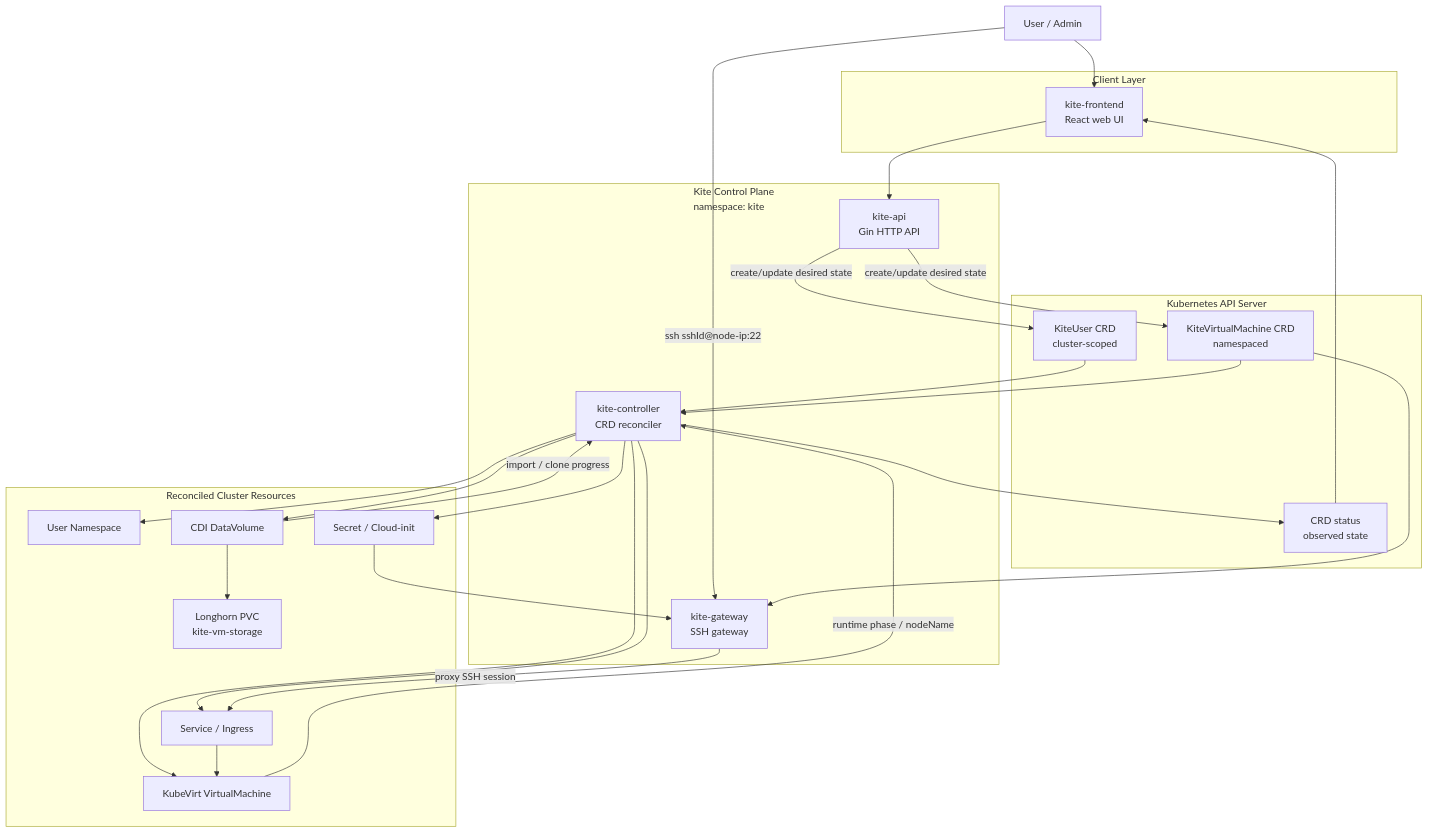
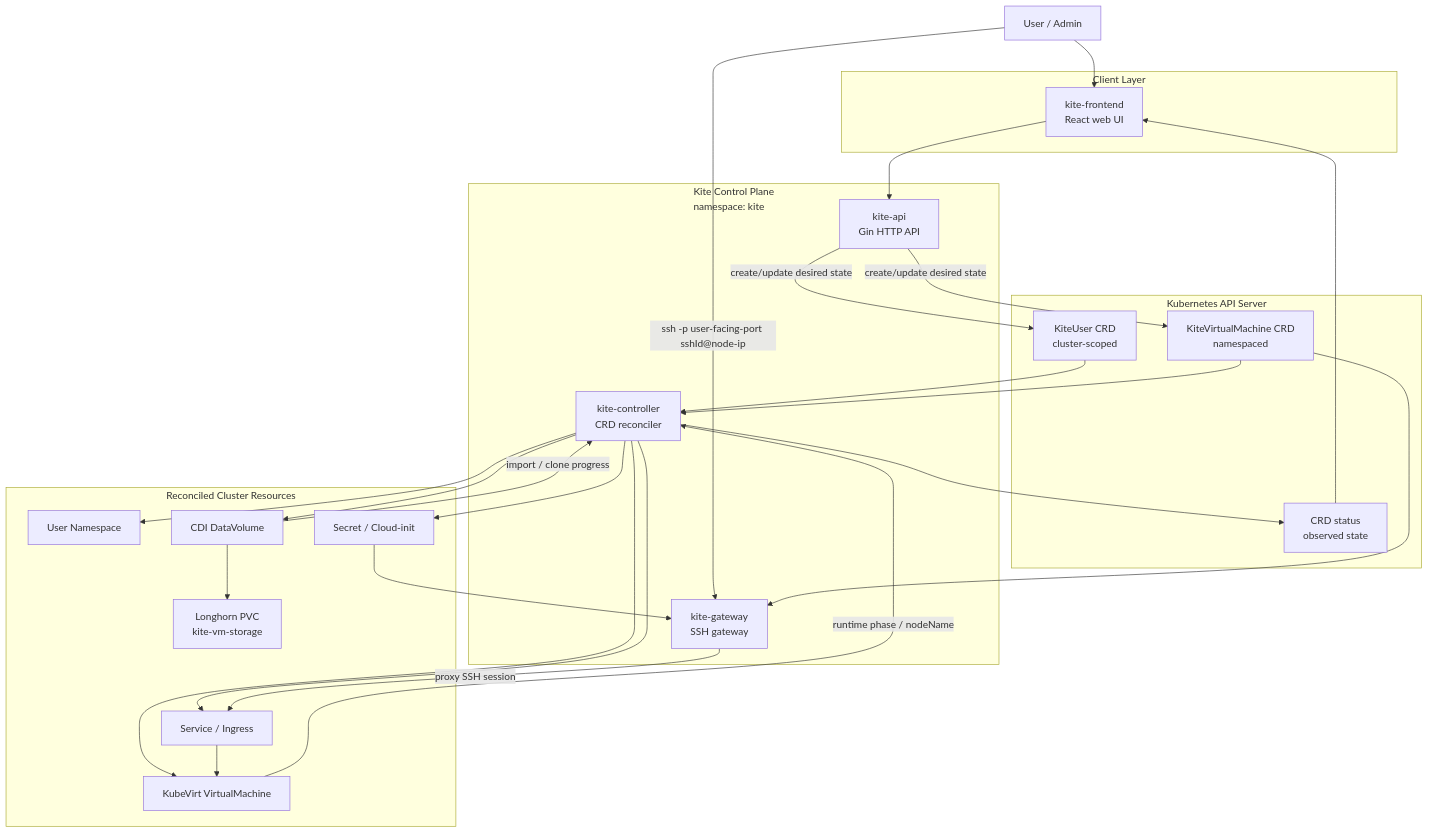
One commit to Hy3ons/KiteVirtualMachines changed the diagram in Readme.md. Above: the diagram before and after it, drawn with Mermaid. The commit also changed other lines of this file and 62 other files, not shown here.

````diff
--- a/Readme.md
+++ b/Readme.md
@@ -12,54 +12,54 @@
 ```mermaid
 flowchart TD
     user[User / Admin]
 
     subgraph ui["Client Layer"]
         frontend["kite-frontend<br/>React web UI"]
     end
 
     subgraph control["Kite Control Plane<br/>namespace: kite"]
         api["kite-api<br/>Gin HTTP API"]
         controller["kite-controller<br/>CRD reconciler"]
         gateway["kite-gateway<br/>SSH gateway"]
     end
 
     subgraph apiServer["Kubernetes API Server"]
         kiteUser["KiteUser CRD<br/>cluster-scoped"]
         kiteVM["KiteVirtualMachine CRD<br/>namespaced"]
         status["CRD status<br/>observed state"]
     end
 
     subgraph workload["Reconciled Cluster Resources"]
         namespace["User Namespace"]
         vm["KubeVirt VirtualMachine"]
         dv["CDI DataVolume"]
         service["Service / Ingress"]
         secret["Secret / Cloud-init"]
         storage["Longhorn PVC<br/>kite-vm-storage"]
     end
 
     user --> frontend
-    user -->|"ssh sshId@node-ip:22"| gateway
+    user -->|"ssh -p user-facing-port sshId@node-ip"| gateway
     frontend --> api
     api -->|"create/update desired state"| kiteUser
     api -->|"create/update desired state"| kiteVM
 
     kiteUser --> controller
     kiteVM --> controller
     controller --> namespace
     controller --> vm
     controller --> dv
     controller --> service
     controller --> secret
     dv --> storage
 
     vm -->|"runtime phase / nodeName"| controller
     dv -->|"import / clone progress"| controller
     controller --> status
     status --> frontend
 
     kiteVM --> gateway
     secret --> gateway
     gateway -->|"proxy SSH session"| service
     service --> vm
 ```
````
